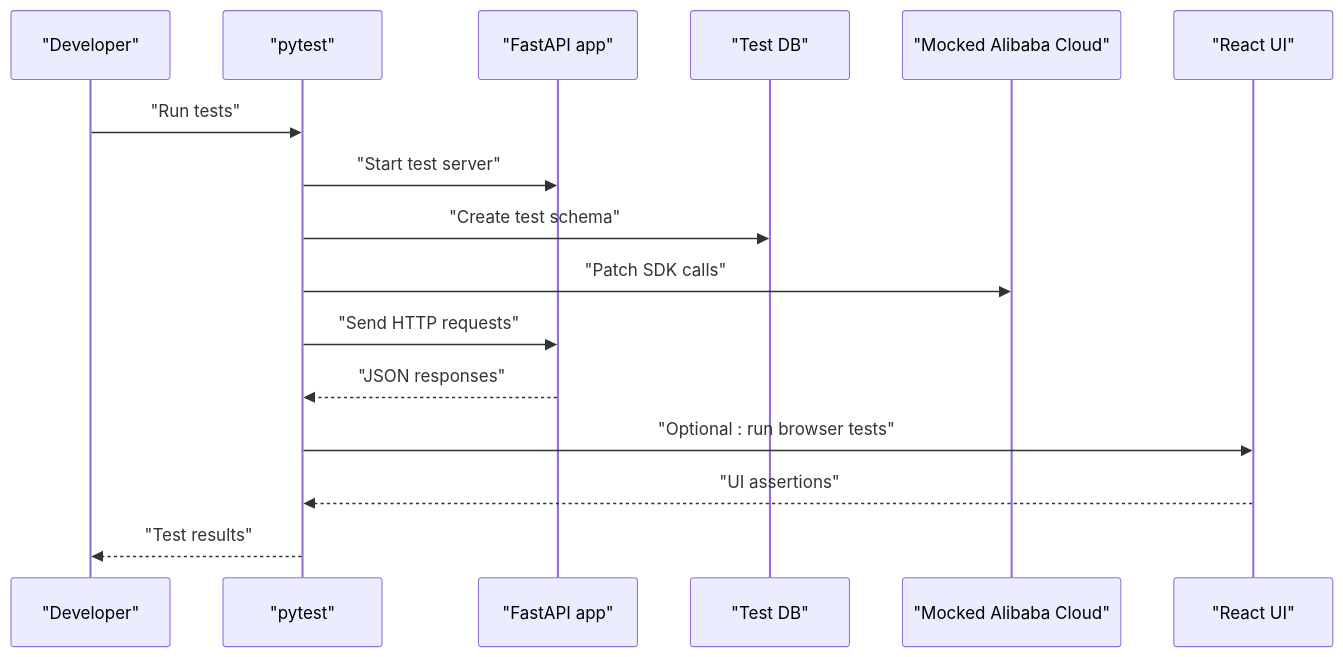
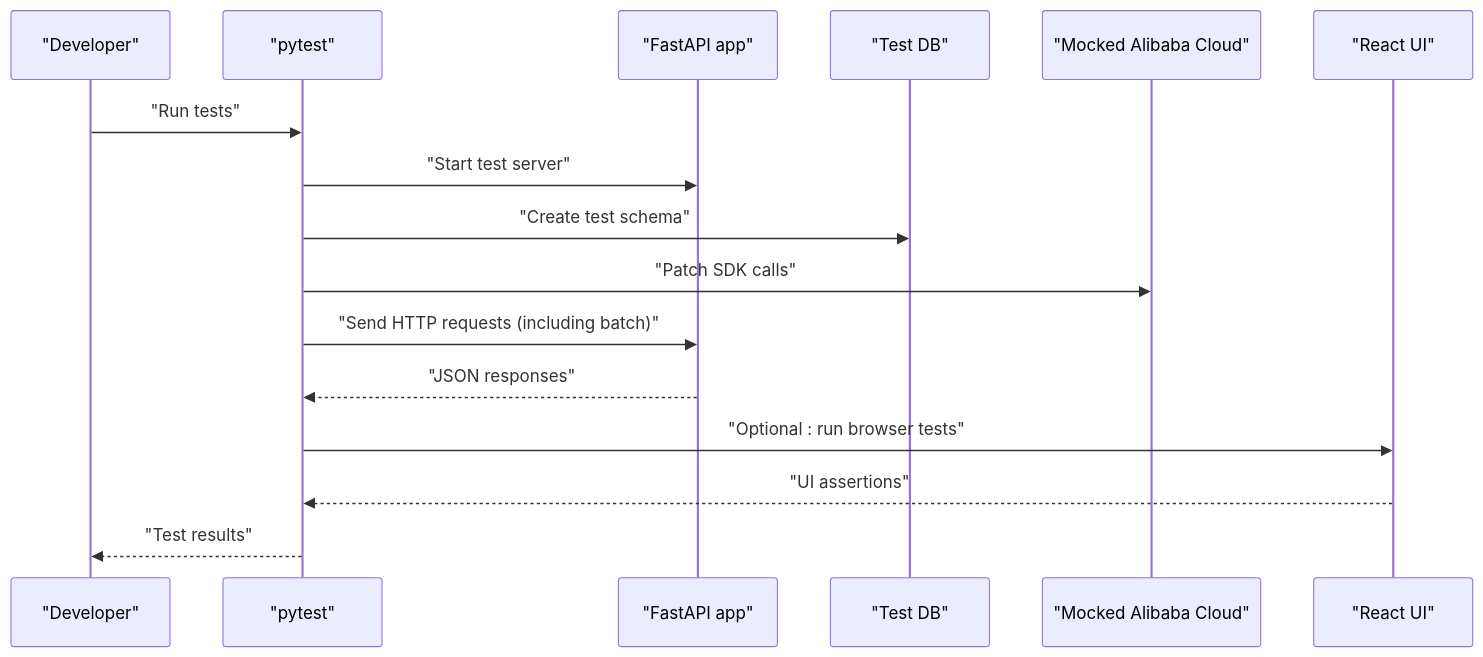
The second of 5 diagrams in .qoder/repowiki/en/content/Testing Strategy.md (14Lucifer/hackathon_ecs_creator), drawn with Mermaid before and after one commit. The commit also changed other lines of this file and 96 other files, not shown here.

````diff
--- a/.qoder/repowiki/en/content/Testing Strategy.md
+++ b/.qoder/repowiki/en/content/Testing Strategy.md
@@ -121,18 +130,18 @@
 ```mermaid
 sequenceDiagram
 participant Dev as "Developer"
 participant PyTest as "pytest"
 participant App as "FastAPI app"
 participant DB as "Test DB"
 participant MockCloud as "Mocked Alibaba Cloud"
 participant FE as "React UI"
 Dev->>PyTest : "Run tests"
 PyTest->>App : "Start test server"
 PyTest->>DB : "Create test schema"
 PyTest->>MockCloud : "Patch SDK calls"
-PyTest->>App : "Send HTTP requests"
+PyTest->>App : "Send HTTP requests (including batch)"
 App-->>PyTest : "JSON responses"
 PyTest->>FE : "Optional : run browser tests"
 FE-->>PyTest : "UI assertions"
 PyTest-->>Dev : "Test results"
 ```
````
